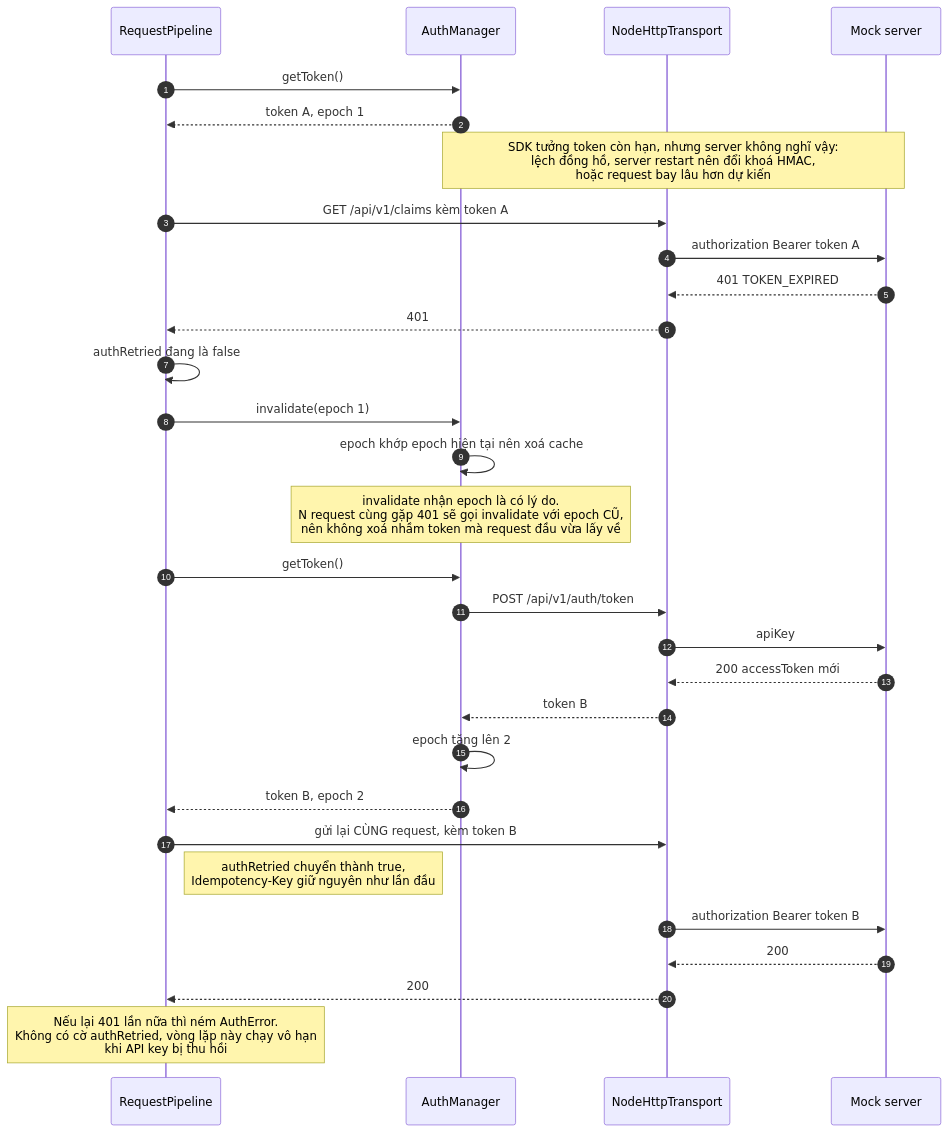
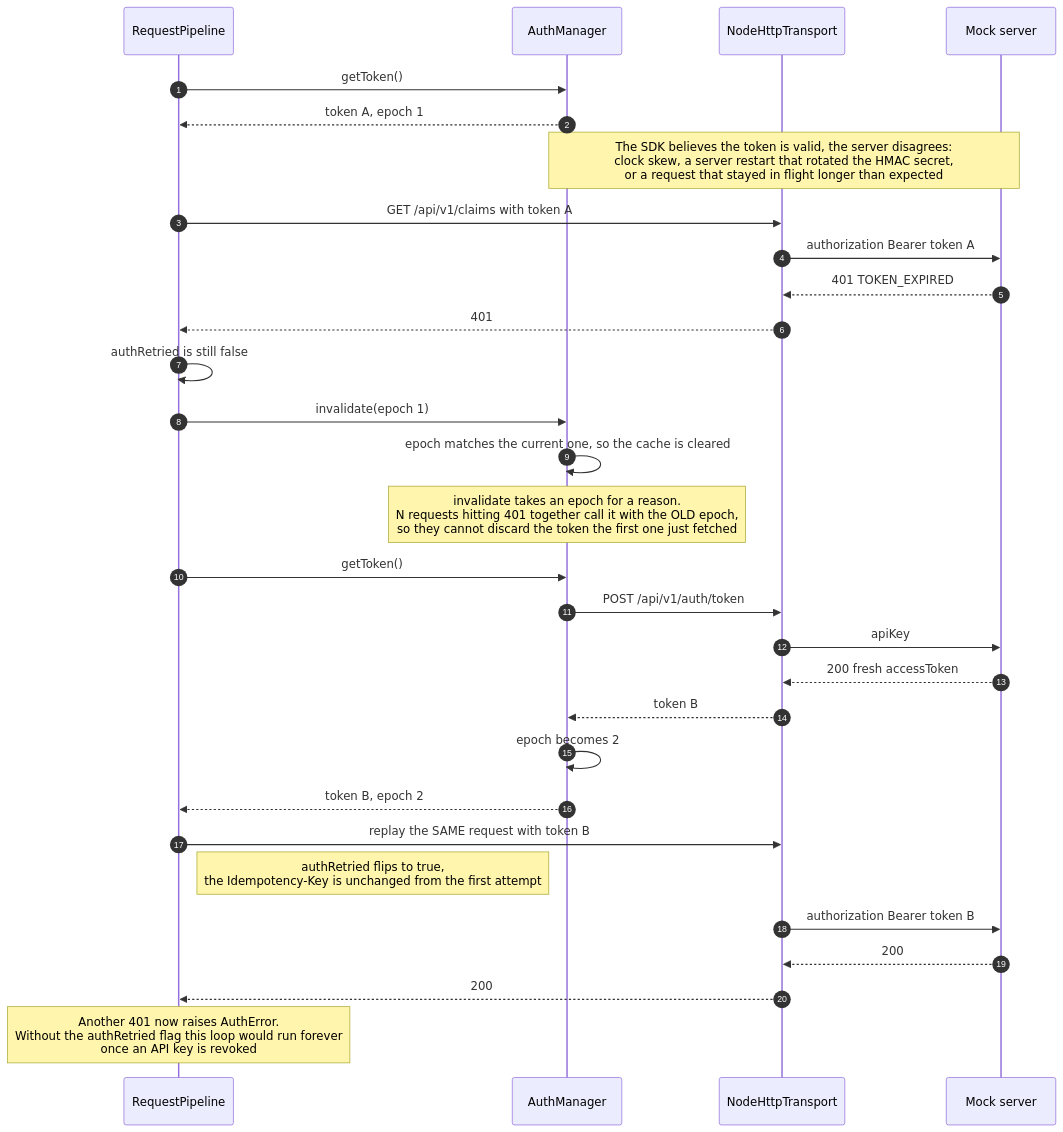
Before and after one commit to vuminhluan/ai-challenge13: the second of 2 diagrams in docs/diagrams/03-token-refresh.md, drawn with Mermaid. The commit also changed other lines of this file and 34 other files, not shown here.

Commit message:
docs: chuyển README, examples, tests và diagrams sang tiếng Anh, thêm bảng timeline

````diff
--- a/docs/diagrams/03-token-refresh.md
+++ b/docs/diagrams/03-token-refresh.md
@@ -39,40 +39,40 @@
 ```mermaid
 sequenceDiagram
     autonumber
     participant Pipe as RequestPipeline
     participant Auth as AuthManager
     participant Tr as NodeHttpTransport
     participant Srv as Mock server
 
     Pipe->>Auth: getToken()
     Auth-->>Pipe: token A, epoch 1
 
-    Note over Auth,Srv: SDK tưởng token còn hạn, nhưng server không nghĩ vậy:<br/>lệch đồng hồ, server restart nên đổi khoá HMAC,<br/>hoặc request bay lâu hơn dự kiến
+    Note over Auth,Srv: The SDK believes the token is valid, the server disagrees:<br/>clock skew, a server restart that rotated the HMAC secret,<br/>or a request that stayed in flight longer than expected
 
-    Pipe->>Tr: GET /api/v1/claims kèm token A
+    Pipe->>Tr: GET /api/v1/claims with token A
     Tr->>Srv: authorization Bearer token A
     Srv-->>Tr: 401 TOKEN_EXPIRED
     Tr-->>Pipe: 401
 
-    Pipe->>Pipe: authRetried đang là false
+    Pipe->>Pipe: authRetried is still false
     Pipe->>Auth: invalidate(epoch 1)
-    Auth->>Auth: epoch khớp epoch hiện tại nên xoá cache
+    Auth->>Auth: epoch matches the current one, so the cache is cleared
 
-    Note over Auth: invalidate nhận epoch là có lý do.<br/>N request cùng gặp 401 sẽ gọi invalidate với epoch CŨ,<br/>nên không xoá nhầm token mà request đầu vừa lấy về
+    Note over Auth: invalidate takes an epoch for a reason.<br/>N requests hitting 401 together call it with the OLD epoch,<br/>so they cannot discard the token the first one just fetched
 
     Pipe->>Auth: getToken()
     Auth->>Tr: POST /api/v1/auth/token
     Tr->>Srv: apiKey
-    Srv-->>Tr: 200 accessToken mới
+    Srv-->>Tr: 200 fresh accessToken
     Tr-->>Auth: token B
-    Auth->>Auth: epoch tăng lên 2
+    Auth->>Auth: epoch becomes 2
     Auth-->>Pipe: token B, epoch 2
 
-    Pipe->>Tr: gửi lại CÙNG request, kèm token B
-    Note right of Pipe: authRetried chuyển thành true,<br/>Idempotency-Key giữ nguyên như lần đầu
+    Pipe->>Tr: replay the SAME request with token B
+    Note right of Pipe: authRetried flips to true,<br/>the Idempotency-Key is unchanged from the first attempt
     Tr->>Srv: authorization Bearer token B
     Srv-->>Tr: 200
     Tr-->>Pipe: 200
 
-    Note over Pipe: Nếu lại 401 lần nữa thì ném AuthError.<br/>Không có cờ authRetried, vòng lặp này chạy vô hạn<br/>khi API key bị thu hồi
+    Note over Pipe: Another 401 now raises AuthError.<br/>Without the authRetried flag this loop would run forever<br/>once an API key is revoked
 ```
````
